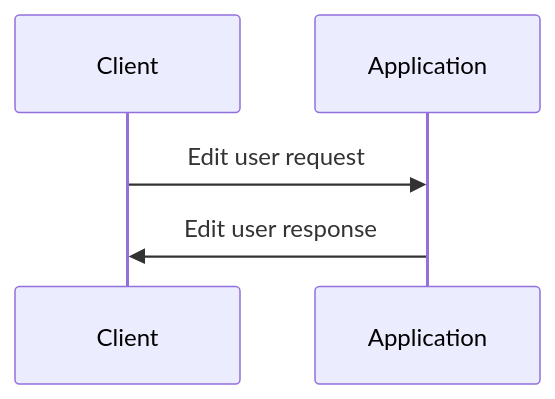
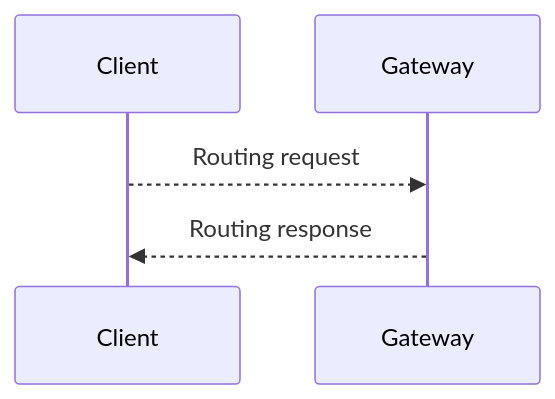
The fourth of 9 diagrams in documentation/Protocol.md (ErFer7/WebChat), drawn with Mermaid before and after one commit. The commit also changed other lines of this file and 15 other files, not shown here.

````diff
--- a/documentation/Protocol.md
+++ b/documentation/Protocol.md
@@ -226,5 +210,5 @@
 ```mermaid
 sequenceDiagram
-  Client ->> Application: Edit user request
-  Application ->> Client: Edit user response
+  Client -->> Gateway: Routing request
+  Gateway -->> Client: Routing response
 ```
````
